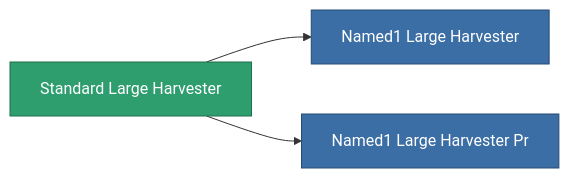
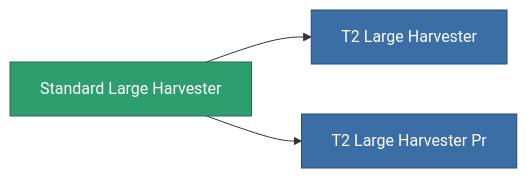
Before and after one commit to OpenPerpetuum/Wiki: the diagram in content/content/items/standard_large_harvester.md, drawn with Mermaid. The commit also changed other lines of this file and 4904 other files, not shown here.

````diff
--- a/content/content/items/standard_large_harvester.md
+++ b/content/content/items/standard_large_harvester.md
@@ -51,13 +43,13 @@
 ```mermaid
 graph LR
     a["Standard Large Harvester"]:::current
-    b["Named1 Large Harvester"]:::prod
+    b["T2 Large Harvester"]:::prod
     a --> b
-    click b "/content/items/named1-large-harvester/" "Named1 Large Harvester"
-    c["Named1 Large Harvester Pr"]:::prod
+    click b "/content/items/named1-large-harvester/" "T2 Large Harvester"
+    c["T2 Large Harvester Pr"]:::prod
     a --> c
-    click c "/content/items/named1-large-harvester-pr/" "Named1 Large Harvester Pr"
+    click c "/content/items/named1-large-harvester-pr/" "T2 Large Harvester Pr"
     classDef current fill:#2f9e6f,stroke:#1f6f4a,color:#ffffff
     classDef prod fill:#3b6ea5,stroke:#274a75,color:#ffffff
     classDef more fill:#39445a,stroke:#54658a,color:#d5dbe8
 ```
````
